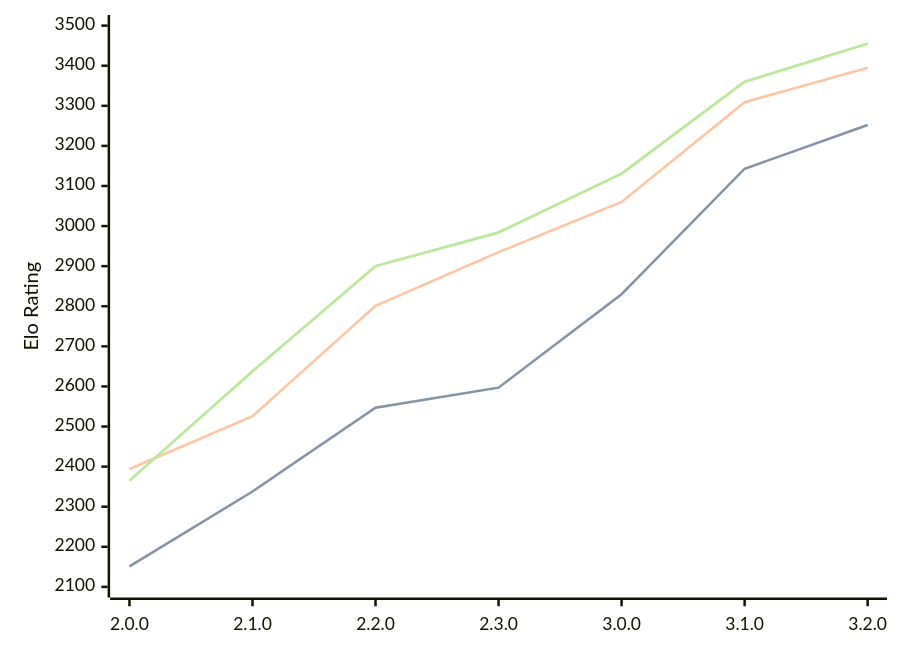
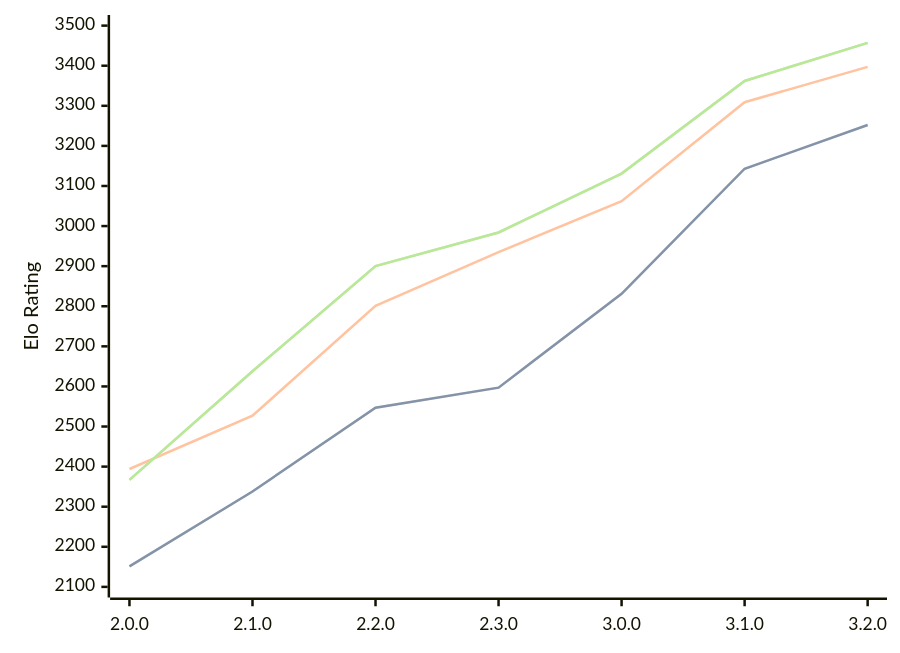
The diagram in engines/Raphael.md (computer-chess-index/cci), drawn with Mermaid before and after one commit. The commit also changed other lines of this file, not shown here.

Commit message:
Update CCI Ratings (ELO VLTC) - 2026-03-27

````diff
--- a/engines/Raphael.md
+++ b/engines/Raphael.md
@@ -49,11 +49,11 @@
 ```mermaid
 %%{init: {"theme":"base","themeVariables":{"seriesColors:['#a3a3a3','#222221','#faa371']}}}%%
 xychart-beta
   x-axis ["2.0.0", "2.1.0", "2.2.0", "2.3.0", "3.0.0", "3.1.0", "3.2.0"]
   y-axis "Elo Rating" 2100 --> 3500
-  line "STC (8.0+0.08s)" [2151, 2338, 2547, 2597, 2830, 3143, 3252]
-  line "STC (8.0+0.08s)" [2151, 2338, 2547, 2597, 2830, 3143, 3252]
-  line "LTC (60.0+0.60s)" [2394, 2526, 2801, 2935, 3060, 3309, 3395]
-  line "VLTC (2m24s+1.12s)" [2365, 2638, 2900, 2984, 3131, 3360, 3455]
-  line "VLTC (2m24s+1.12s)" [2365, 2638, 2900, 2984, 3131, 3360, 3455]
+  line "STC (8.0+0.08s)" [2151, 2338, 2547, 2597, 2831, 3143, 3252]
+  line "STC (8.0+0.08s)" [2151, 2338, 2547, 2597, 2831, 3143, 3252]
+  line "LTC (60.0+0.60s)" [2394, 2527, 2801, 2935, 3062, 3309, 3397]
+  line "VLTC (2m24s+1.12s)" [2367, 2638, 2900, 2984, 3131, 3362, 3457]
+  line "VLTC (2m24s+1.12s)" [2367, 2638, 2900, 2984, 3131, 3362, 3457]
 ```
````
